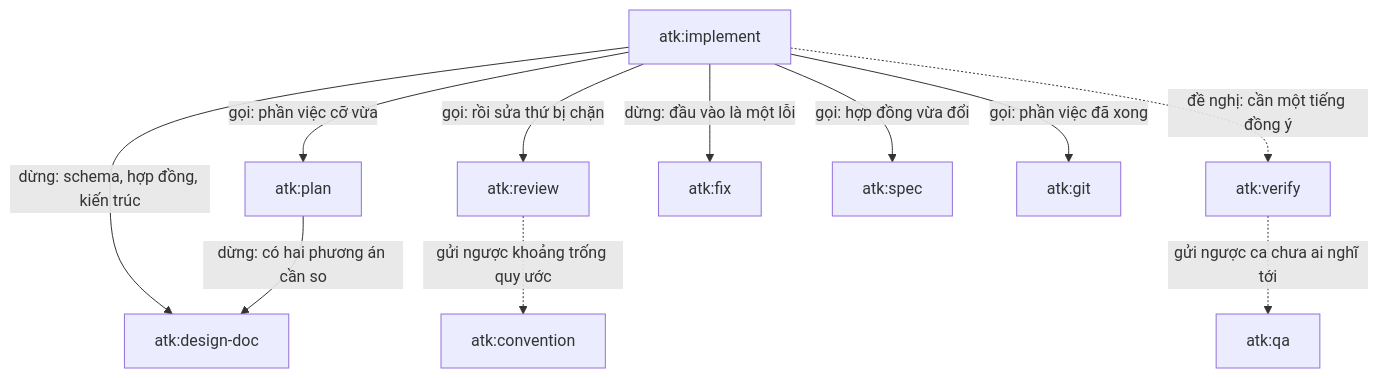
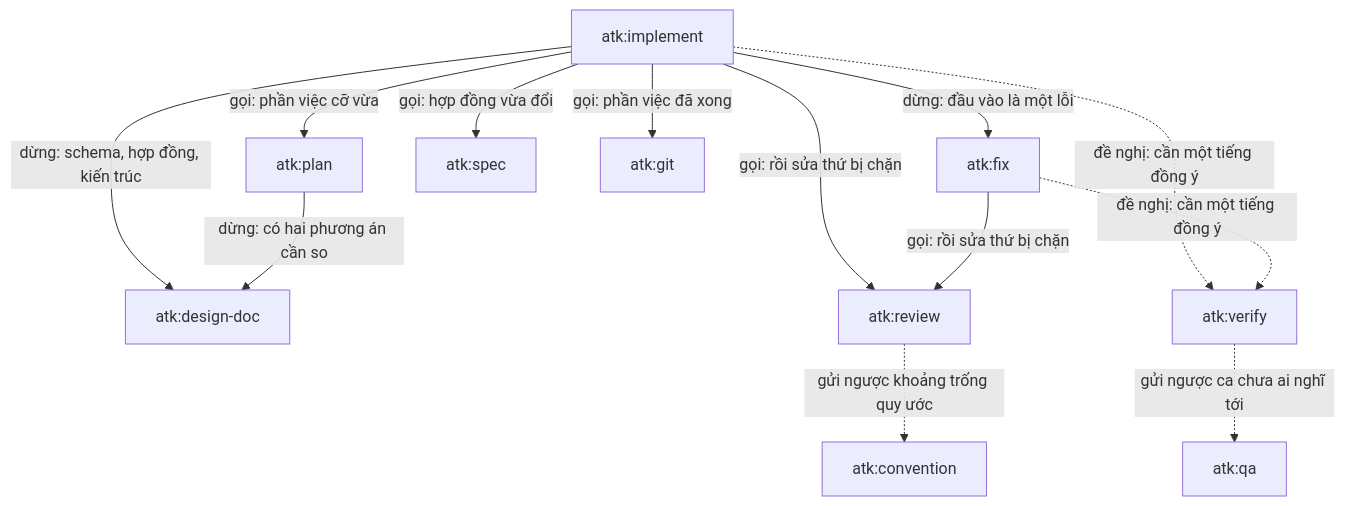
Before and after one commit to lamngockhuong/aiteamkit: the second of 2 diagrams in docs/vi/flow/skill-lifecycle.md, drawn with Mermaid. The commit also changed other lines of this file and 26 other files, not shown here.

````diff
--- a/docs/vi/flow/skill-lifecycle.md
+++ b/docs/vi/flow/skill-lifecycle.md
@@ -87,24 +87,26 @@
 ```mermaid
 flowchart TD
     IMP["atk:implement"]
     PLN["atk:plan"]
     DSG["atk:design-doc"]
     REV["atk:review"]
     VER["atk:verify"]
     FIX["atk:fix"]
     QA["atk:qa"]
     CNV["atk:convention"]
     SPC["atk:spec"]
     GIT["atk:git"]
 
     IMP -->|"gọi: phần việc cỡ vừa"| PLN
     IMP -->|"gọi: rồi sửa thứ bị chặn"| REV
+    FIX -->|"gọi: rồi sửa thứ bị chặn"| REV
     IMP -->|"dừng: schema, hợp đồng, kiến trúc"| DSG
     IMP -->|"dừng: đầu vào là một lỗi"| FIX
     PLN -->|"dừng: có hai phương án cần so"| DSG
     IMP -->|"gọi: hợp đồng vừa đổi"| SPC
     IMP -->|"gọi: phần việc đã xong"| GIT
     IMP -.->|"đề nghị: cần một tiếng đồng ý"| VER
+    FIX -.->|"đề nghị: cần một tiếng đồng ý"| VER
     REV -.->|"gửi ngược khoảng trống quy ước"| CNV
     VER -.->|"gửi ngược ca chưa ai nghĩ tới"| QA
 ```
````
